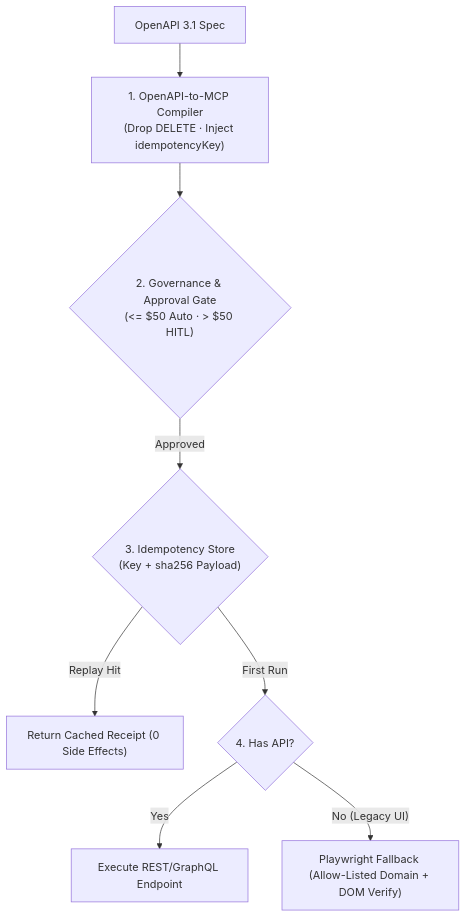
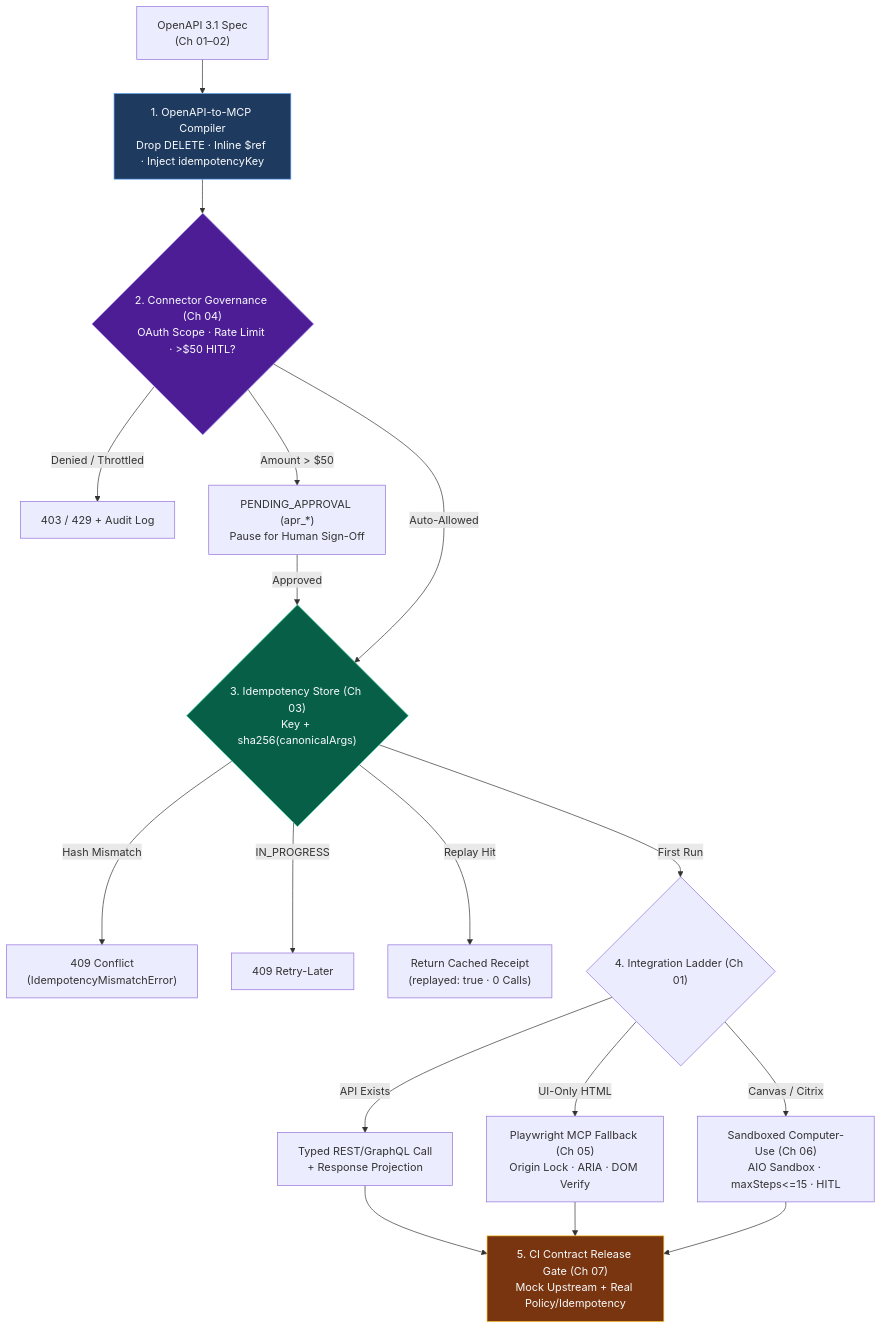
The diagram in Lecture 30 - Enterprise APIs OpenAPI-to-MCP and Computer-Use/notes/Lecture_30_Complete_Notes.md (Amie-dev/FDE-and-GenAI-Mastery), drawn with Mermaid before and after one commit. The commit also changed other lines of this file and 13 other files, not shown here.

Commit message:
Refactor Lecture 44 and Lecture 45 notes for clarity and depth; enhance structure with executive summaries, chapter-by-chapter revisions, and detailed cheat sheets. Update diagrams to reflect improved architecture and flow, emphasizing security measures and identity management protocols.

````diff
--- a/Lecture 30 - Enterprise APIs OpenAPI-to-MCP and Computer-Use/notes/Lecture_30_Complete_Notes.md
+++ b/Lecture 30 - Enterprise APIs OpenAPI-to-MCP and Computer-Use/notes/Lecture_30_Complete_Notes.md
@@ -34,10 +36,22 @@
 ```mermaid
 flowchart TD
-    OAS["OpenAPI 3.1 Spec"] --> Compile["1. OpenAPI-to-MCP Compiler<br/>(Drop DELETE · Inject idempotencyKey)"]
-    Compile --> Gov{"2. Governance & Approval Gate<br/>(<= $50 Auto · > $50 HITL)"}
-    Gov -->|"Approved"| Idem{"3. Idempotency Store<br/>(Key + sha256 Payload)"}
-    Idem -->|"Replay Hit"| Cached["Return Cached Receipt (0 Side Effects)"]
-    Idem -->|"First Run"| Exec{"4. Has API?"}
-    Exec -->|"Yes"| API["Execute REST/GraphQL Endpoint"]
-    Exec -->|"No (Legacy UI)"| PW["Playwright Fallback (Allow-Listed Domain + DOM Verify)"]
+    OAS["OpenAPI 3.1 Spec<br/>(Ch 01–02)"] --> Compile["1. OpenAPI-to-MCP Compiler<br/>Drop DELETE · Inline $ref · Inject idempotencyKey"]
+    Compile --> Gov{"2. Connector Governance (Ch 04)<br/>OAuth Scope · Rate Limit · >$50 HITL?"}
+    Gov -->|"Denied / Throttled"| Err["403 / 429 + Audit Log"]
+    Gov -->|"Amount > $50"| HITL["PENDING_APPROVAL (apr_*)<br/>Pause for Human Sign-Off"]
+    HITL -->|"Approved"| Idem
+    Gov -->|"Auto-Allowed"| Idem{"3. Idempotency Store (Ch 03)<br/>Key + sha256(canonicalArgs)"}
+    Idem -->|"Hash Mismatch"| Conflict["409 Conflict<br/>(IdempotencyMismatchError)"]
+    Idem -->|"IN_PROGRESS"| Busy["409 Retry-Later"]
+    Idem -->|"Replay Hit"| Cached["Return Cached Receipt<br/>(replayed: true · 0 Calls)"]
+    Idem -->|"First Run"| Ladder{"4. Integration Ladder (Ch 01)"}
+    Ladder -->|"API Exists"| API["Typed REST/GraphQL Call<br/>+ Response Projection"]
+    Ladder -->|"UI-Only HTML"| PW["Playwright MCP Fallback (Ch 05)<br/>Origin Lock · ARIA · DOM Verify"]
+    Ladder -->|"Canvas / Citrix"| CU["Sandboxed Computer-Use (Ch 06)<br/>AIO Sandbox · maxSteps<=15 · HITL"]
+    API & PW & CU --> Gate["5. CI Contract Release Gate (Ch 07)<br/>Mock Upstream + Real Policy/Idempotency"]
+
+    style Compile fill:#1e3a5f,stroke:#60a5fa,color:#f8fafc
+    style Gov fill:#4c1d95,stroke:#a78bfa,color:#f8fafc
+    style Idem fill:#065f46,stroke:#34d399,color:#f8fafc
+    style Gate fill:#78350f,stroke:#fbbf24,color:#f8fafc
 ```
````
